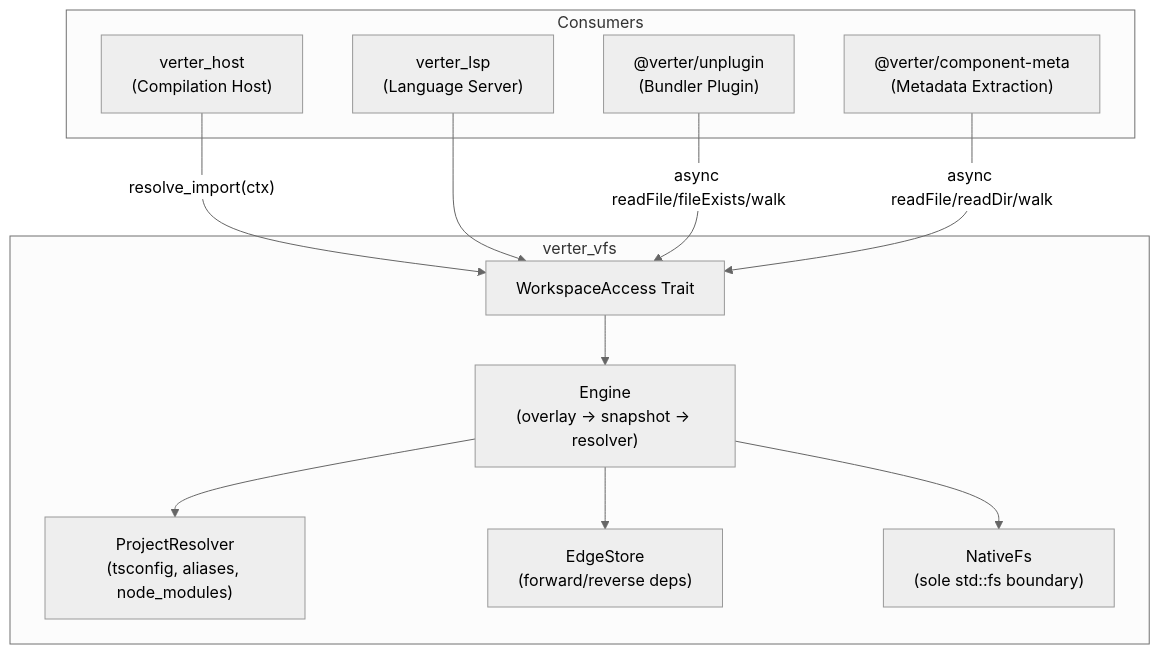
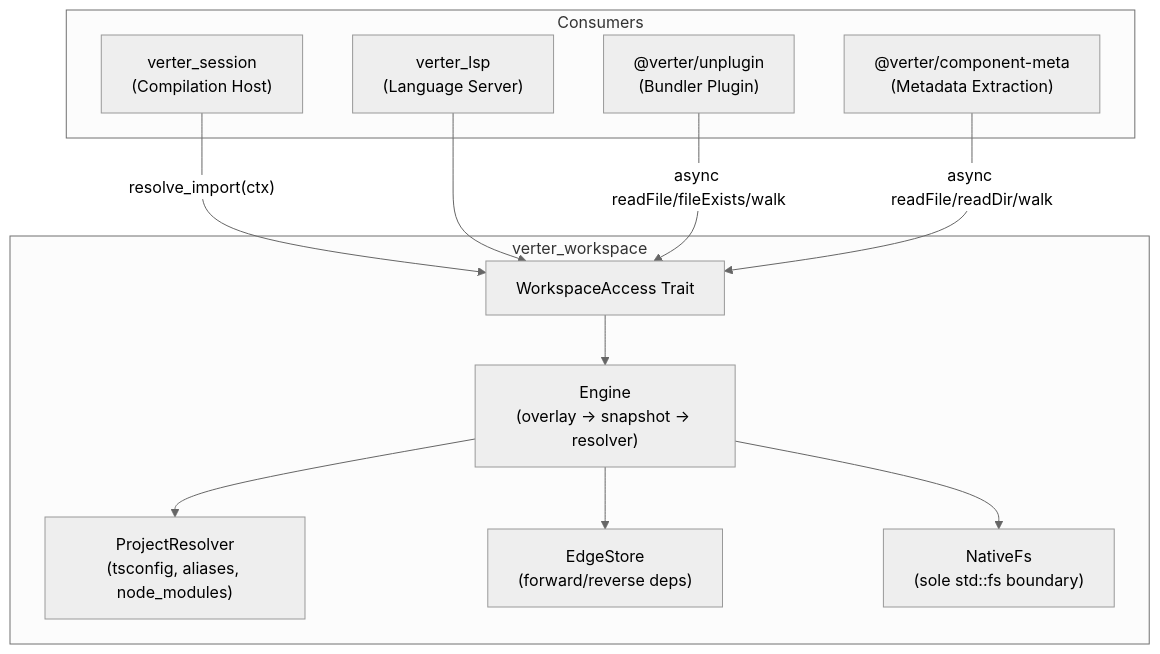
One commit to pikax/verter changed the fourth of 4 diagrams in docs/guide/architecture.md. Above: the diagram before and after it, drawn with Mermaid (neutral theme). The commit also changed other lines of this file and 69 other files, not shown here.

First line of the commit message:
docs(release): document supported architecture and limits

````diff
--- a/docs/guide/architecture.md
+++ b/docs/guide/architecture.md
@@ -184,26 +183,26 @@
 ```mermaid
 graph TB
     subgraph "Consumers"
-        Host["verter_host<br/>(Compilation Host)"]
+        Host["verter_session<br/>(Compilation Host)"]
         LSP["verter_lsp<br/>(Language Server)"]
         Unplugin["@verter/unplugin<br/>(Bundler Plugin)"]
         Meta["@verter/component-meta<br/>(Metadata Extraction)"]
     end
 
-    subgraph "verter_vfs"
+    subgraph "verter_workspace"
         WS["WorkspaceAccess Trait"]
         Engine["Engine<br/>(overlay → snapshot → resolver)"]
         Resolver["ProjectResolver<br/>(tsconfig, aliases, node_modules)"]
         Edges["EdgeStore<br/>(forward/reverse deps)"]
         NativeFs["NativeFs<br/>(sole std::fs boundary)"]
     end
 
     Host -->|"resolve_import(ctx)"| WS
     LSP --> WS
     Unplugin -->|"async readFile/fileExists/walk"| WS
     Meta -->|"async readFile/readDir/walk"| WS
     WS --> Engine
     Engine --> Resolver
     Engine --> Edges
     Engine --> NativeFs
 ```
````
